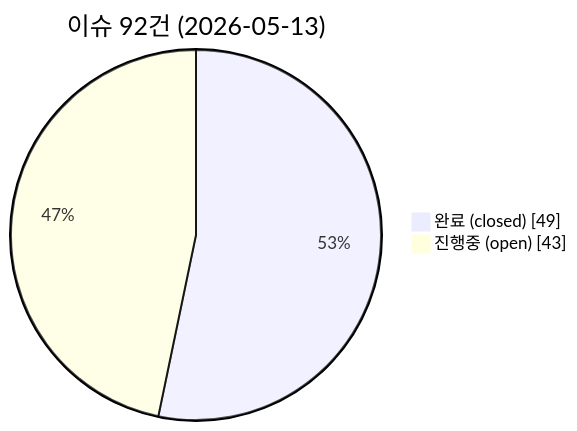
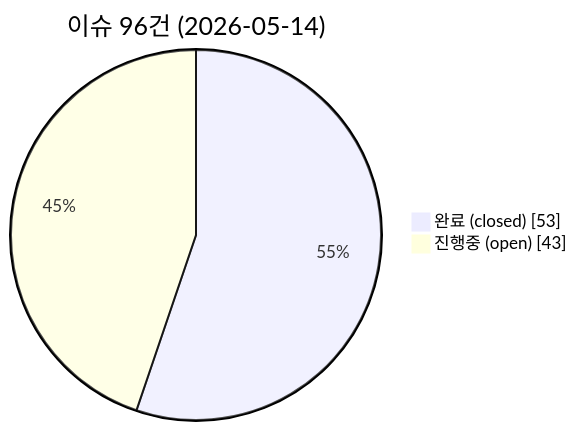
One commit to holee9/MD-process changed the first of 4 diagrams in README.md. Above: the diagram before and after it, drawn with Mermaid. The commit also changed other lines of this file, not shown here.

````diff
--- a/README.md
+++ b/README.md
@@ -89,6 +89,6 @@
 ```mermaid
 pie showData
-    title 이슈 92건 (2026-05-13)
-    "완료 (closed)" : 49
+    title 이슈 96건 (2026-05-14)
+    "완료 (closed)" : 53
     "진행중 (open)" : 43
 ```
````
